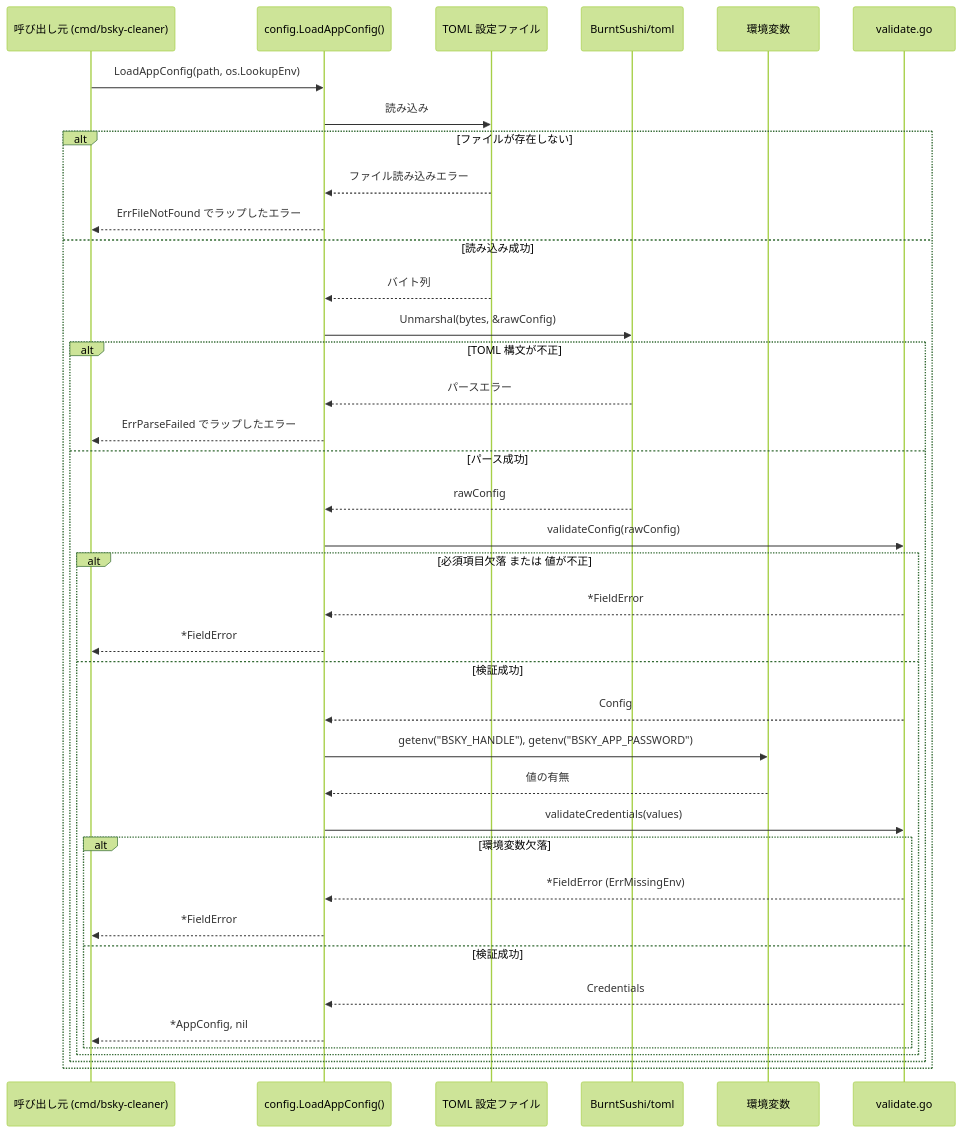
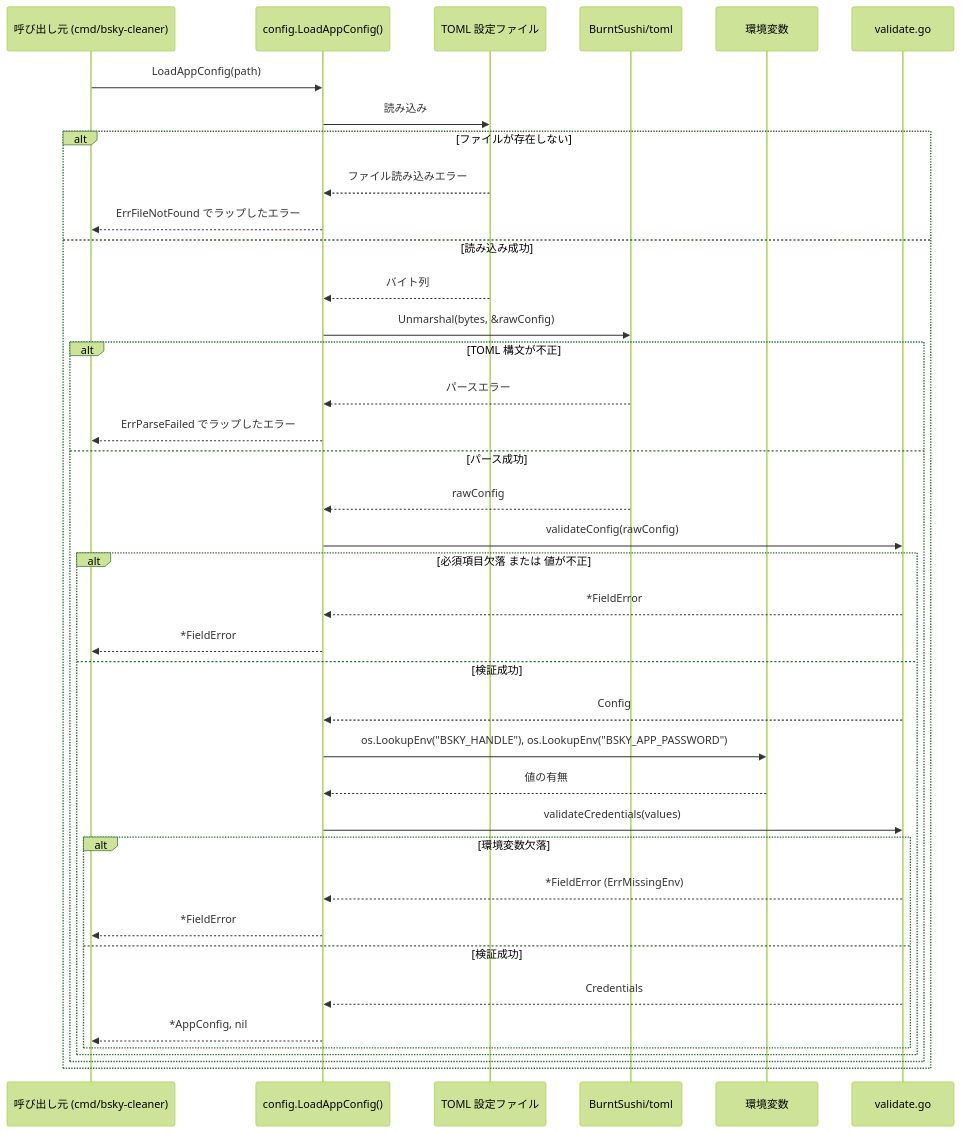
One commit to isseis/bsky-cleaner changed the third of 5 diagrams in docs/tasks/0001_config/02_architecture.md. Above: the diagram before and after it, drawn with Mermaid (forest theme). The commit also changed other lines of this file, not shown here.

First line of the commit message:
docs(0001): narrow LoadCredentials to a parameterless env reader

````diff
--- a/docs/tasks/0001_config/02_architecture.md
+++ b/docs/tasks/0001_config/02_architecture.md
@@ -91,42 +91,42 @@
 ```mermaid
 sequenceDiagram
     participant M as 呼び出し元 (cmd/bsky-cleaner)
     participant L as config.LoadAppConfig()
     participant F as TOML 設定ファイル
     participant T as BurntSushi/toml
     participant E as 環境変数
     participant V as validate.go
 
-    M->>L: LoadAppConfig(path, os.LookupEnv)
+    M->>L: LoadAppConfig(path)
     L->>F: 読み込み
     alt ファイルが存在しない
         F-->>L: ファイル読み込みエラー
         L-->>M: ErrFileNotFound でラップしたエラー
     else 読み込み成功
         F-->>L: バイト列
         L->>T: Unmarshal(bytes, &rawConfig)
         alt TOML 構文が不正
             T-->>L: パースエラー
             L-->>M: ErrParseFailed でラップしたエラー
         else パース成功
             T-->>L: rawConfig
             L->>V: validateConfig(rawConfig)
             alt 必須項目欠落 または 値が不正
                 V-->>L: *FieldError
                 L-->>M: *FieldError
             else 検証成功
                 V-->>L: Config
-                L->>E: getenv("BSKY_HANDLE"), getenv("BSKY_APP_PASSWORD")
+                L->>E: os.LookupEnv("BSKY_HANDLE"), os.LookupEnv("BSKY_APP_PASSWORD")
                 E-->>L: 値の有無
                 L->>V: validateCredentials(values)
                 alt 環境変数欠落
                     V-->>L: *FieldError (ErrMissingEnv)
                     L-->>M: *FieldError
                 else 検証成功
                     V-->>L: Credentials
                     L-->>M: *AppConfig, nil
                 end
             end
         end
     end
 ```
````
